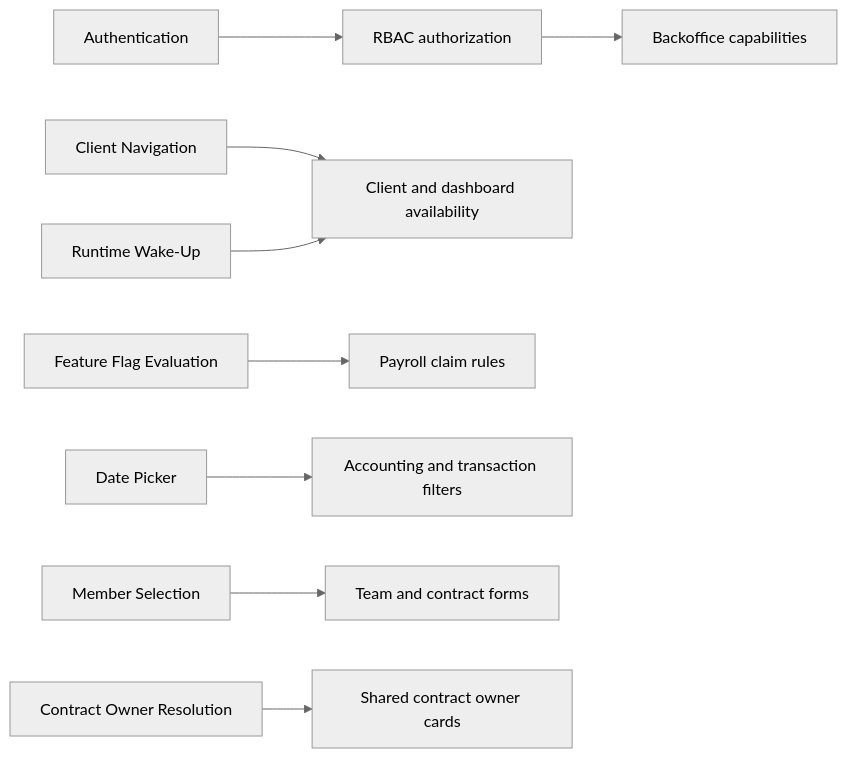
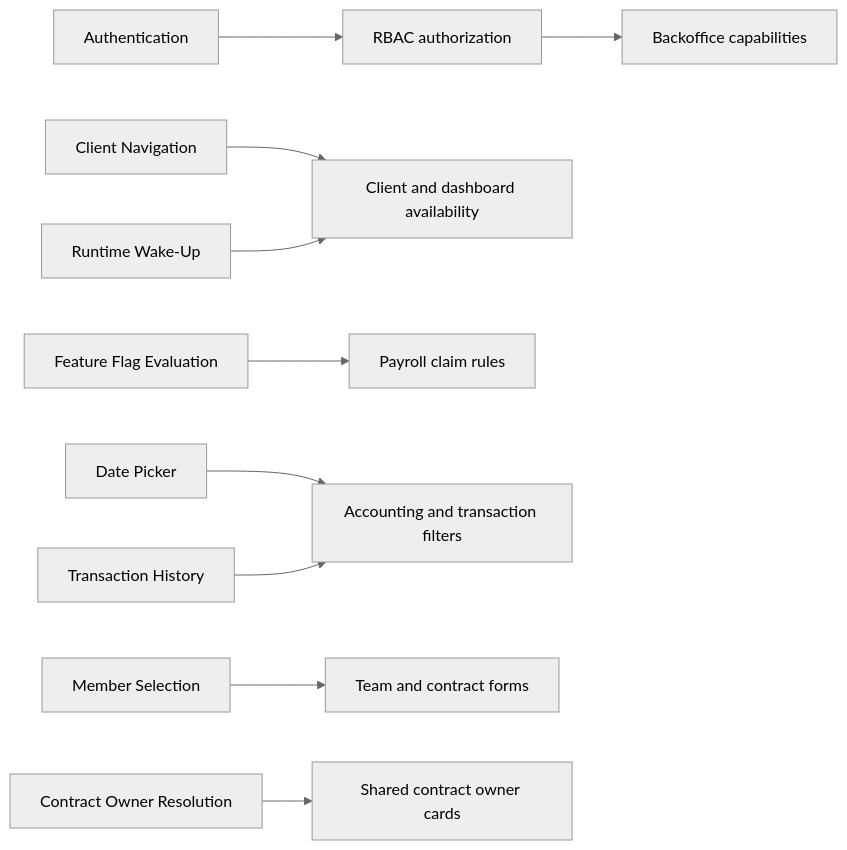
One commit to globe-and-citizen/cnc-portal changed the diagram in docs/implementation/README.md. Above: the diagram before and after it, drawn with Mermaid (neutral theme). The commit also changed other lines of this file and 97 other files, not shown here.

````diff
--- a/docs/implementation/README.md
+++ b/docs/implementation/README.md
@@ -17,11 +17,12 @@
 ```mermaid
 flowchart LR
   auth[Authentication] --> rbac[RBAC authorization]
   rbac --> backoffice[Backoffice capabilities]
   navigation[Client Navigation] --> client[Client feature entry points]
   flags[Feature Flag Evaluation] --> payroll[Payroll claim rules]
   wake[Runtime Wake-Up] --> client[Client and dashboard availability]
   datePicker[Date Picker] --> reports[Accounting and transaction filters]
+  transactionHistory[Transaction History] --> reports
   selection[Member Selection] --> forms[Team and contract forms]
   owner[Contract Owner Resolution] --> cards[Shared contract owner cards]
 ```
````
